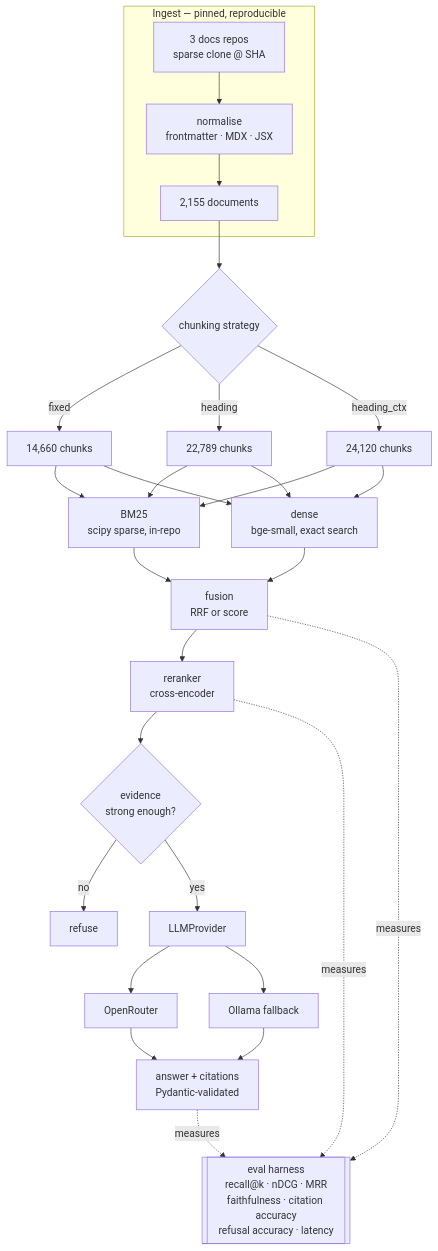
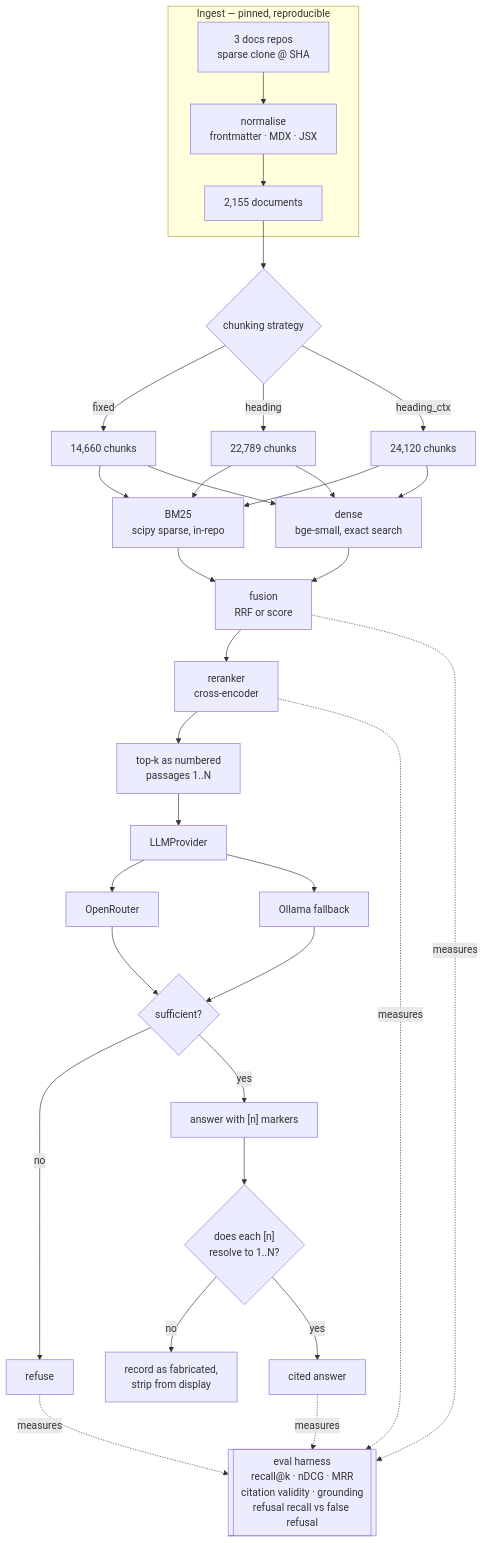
The diagram in README.md (Prithv122/production-rag), drawn with Mermaid before and after one commit. The commit also changed other lines of this file and 7 other files, not shown here.

````diff
--- a/README.md
+++ b/README.md
@@ -58,31 +56,36 @@
 ```mermaid
 flowchart TB
     subgraph ingest ["Ingest — pinned, reproducible"]
         A["3 docs repos<br/>sparse clone @ SHA"] --> B["normalise<br/>frontmatter · MDX · JSX"]
         B --> C["2,155 documents"]
     end
 
     C --> D{"chunking strategy"}
     D -->|fixed| E["14,660 chunks"]
     D -->|heading| F["22,789 chunks"]
     D -->|heading_ctx| G["24,120 chunks"]
 
     E & F & G --> H["BM25<br/>scipy sparse, in-repo"]
     E & F & G --> I["dense<br/>bge-small, exact search"]
 
     H --> J["fusion<br/>RRF or score"]
     I --> J
     J --> K["reranker<br/>cross-encoder"]
-    K --> L{"evidence<br/>strong enough?"}
-    L -->|no| M["refuse"]
-    L -->|yes| N["LLMProvider"]
+    K --> L["top-k as numbered<br/>passages 1..N"]
+    L --> N["LLMProvider"]
 
     N --> O["OpenRouter"]
     N --> P["Ollama fallback"]
-    O & P --> Q["answer + citations<br/>Pydantic-validated"]
+    O & P --> S{"sufficient?"}
+    S -->|no| M["refuse"]
+    S -->|yes| Q["answer with [n] markers"]
+    Q --> T{"does each [n]<br/>resolve to 1..N?"}
+    T -->|no| U["record as fabricated,<br/>strip from display"]
+    T -->|yes| V["cited answer"]
 
-    R[["eval harness<br/>recall@k · nDCG · MRR<br/>faithfulness · citation accuracy<br/>refusal accuracy · latency"]]
+    R[["eval harness<br/>recall@k · nDCG · MRR<br/>citation validity · grounding<br/>refusal recall vs false refusal"]]
     J -.measures.-> R
     K -.measures.-> R
-    Q -.measures.-> R
+    V -.measures.-> R
+    M -.measures.-> R
 ```
````
